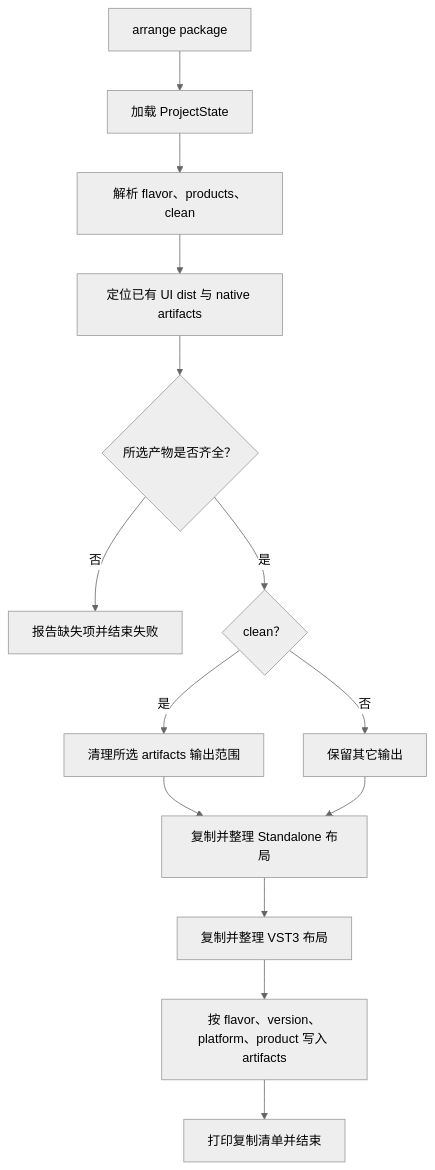
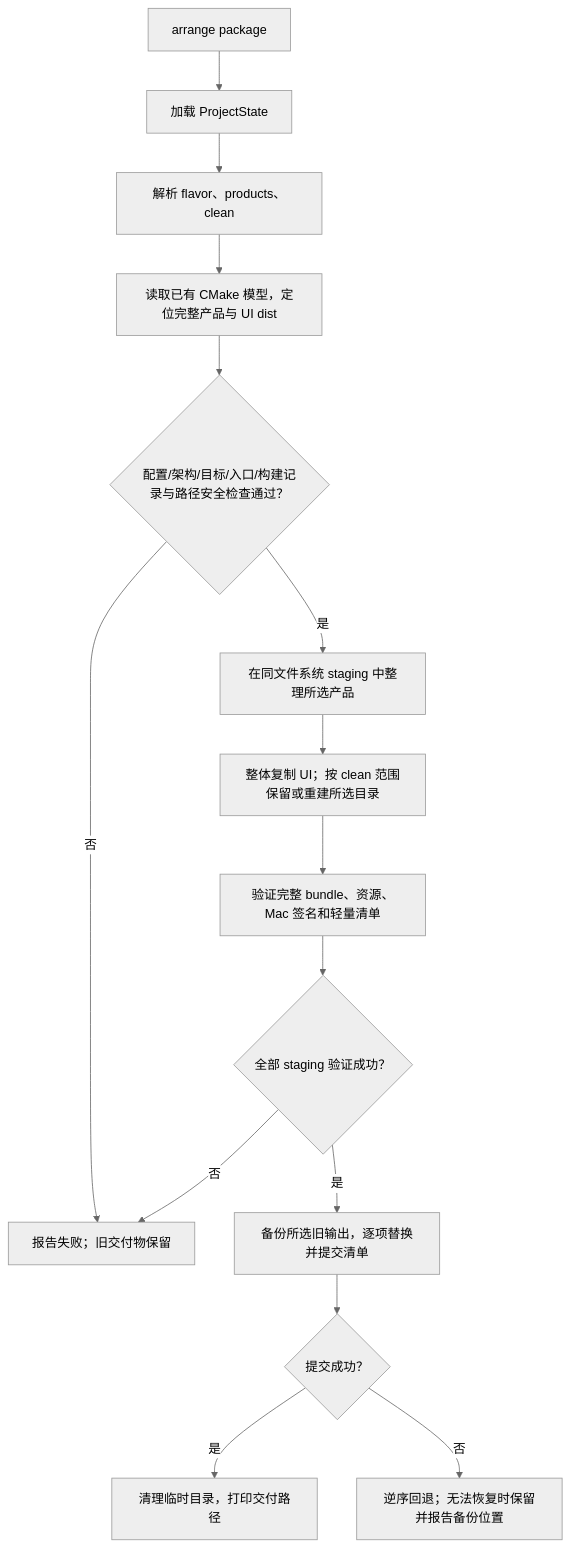
Diagram 12 of 12 in docs/proj/m2/2/命令定义.md (EarzuChan/Arrange), drawn with Mermaid (neutral theme) before and after one commit. The commit also changed other lines of this file and 210 other files, not shown here.

````diff
--- a/docs/proj/m2/2/命令定义.md
+++ b/docs/proj/m2/2/命令定义.md
@@ -347,16 +368,17 @@
 ```mermaid
 flowchart TD
     A[arrange package] --> B[加载 ProjectState]
     B --> C[解析 flavor、products、clean]
-    C --> D[定位已有 UI dist 与 native artifacts]
-    D --> E{所选产物是否齐全？}
-    E -->|否| F[报告缺失项并结束失败]
-    E -->|是| G{clean？}
-    G -->|是| H[清理所选 artifacts 输出范围]
-    G -->|否| I[保留其它输出]
-    H --> J[复制并整理 Standalone 布局]
-    I --> J
-    J --> K[复制并整理 VST3 布局]
-    K --> L[按 flavor、version、platform、product 写入 artifacts]
-    L --> M[打印复制清单并结束]
+    C --> D[读取已有 CMake 模型，定位完整产品与 UI dist]
+    D --> E{配置/架构/目标/入口/构建记录与路径安全检查通过？}
+    E -->|否| F[报告失败；旧交付物保留]
+    E -->|是| G[在同文件系统 staging 中整理所选产品]
+    G --> H[整体复制 UI；按 clean 范围保留或重建所选目录]
+    H --> I[验证完整 bundle、资源、Mac 签名和轻量清单]
+    I --> J{全部 staging 验证成功？}
+    J -->|否| F
+    J -->|是| K[备份所选旧输出，逐项替换并提交清单]
+    K --> L{提交成功？}
+    L -->|是| M[清理临时目录，打印交付路径]
+    L -->|否| R[逆序回退；无法恢复时保留并报告备份位置]
 ```
````
